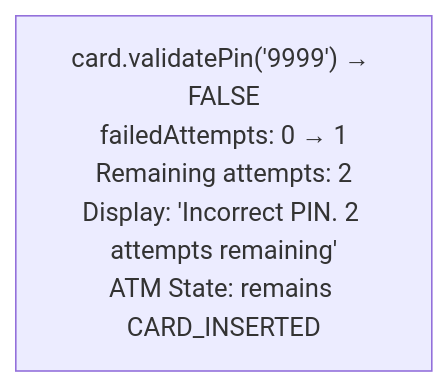
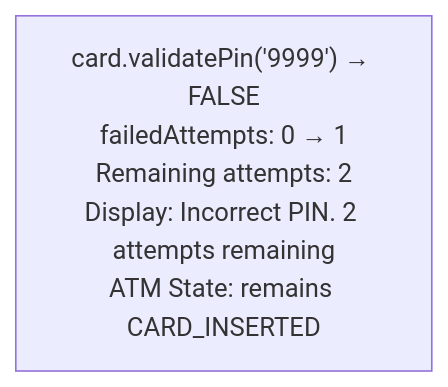
Before and after one commit to Prateeshtalasu/SystemDesignGuide: the fifth of 13 diagrams in Phase-08-Low-Level-Design/04-atm-system/03-simulation-testing.md, drawn with Mermaid. The commit also changed other lines of this file and 171 other files, not shown here.

Commit message:
Convert ASCII diagrams to Mermaid in Phase-08-Low-Level-Design - Converted 2 ASCII diagrams (library-management state transition, elevator-system class diagram) to Mermaid - Validated all 100 existing Mermaid diagrams - Wrapped ASCII diagrams in collapsible details blocks for reference

````diff
--- a/Phase-08-Low-Level-Design/04-atm-system/03-simulation-testing.md
+++ b/Phase-08-Low-Level-Design/04-atm-system/03-simulation-testing.md
@@ -174,4 +174,4 @@
 ```mermaid
 flowchart TD
-    A["card.validatePin('9999') → FALSE<br/>failedAttempts: 0 → 1<br/>Remaining attempts: 2<br/>Display: 'Incorrect PIN. 2 attempts remaining'<br/>ATM State: remains CARD_INSERTED"]
+    A["card.validatePin('9999') → FALSE<br/>failedAttempts: 0 → 1<br/>Remaining attempts: 2<br/>Display: Incorrect PIN. 2 attempts remaining<br/>ATM State: remains CARD_INSERTED"]
 ```
````
